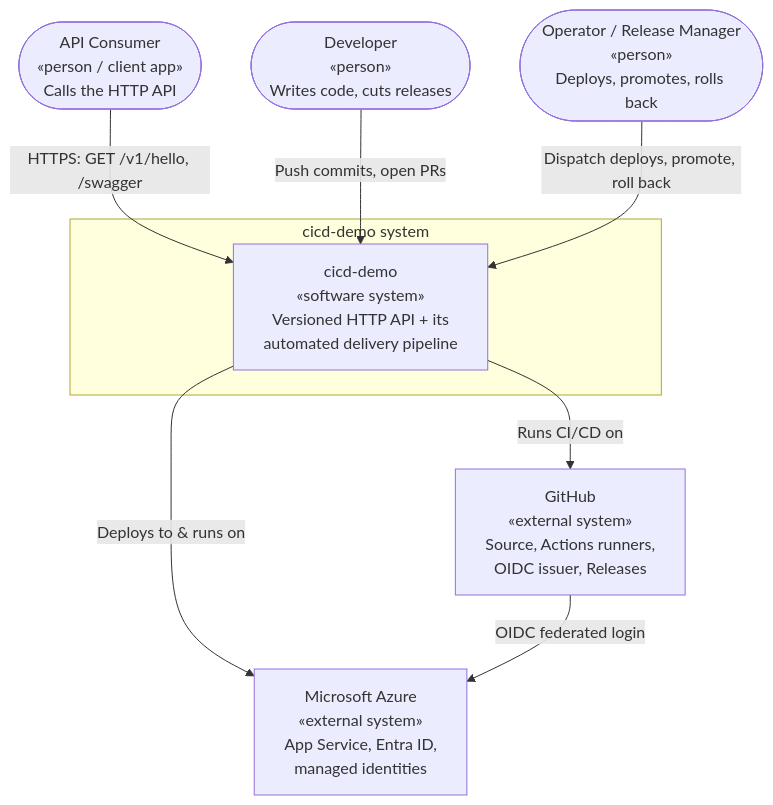
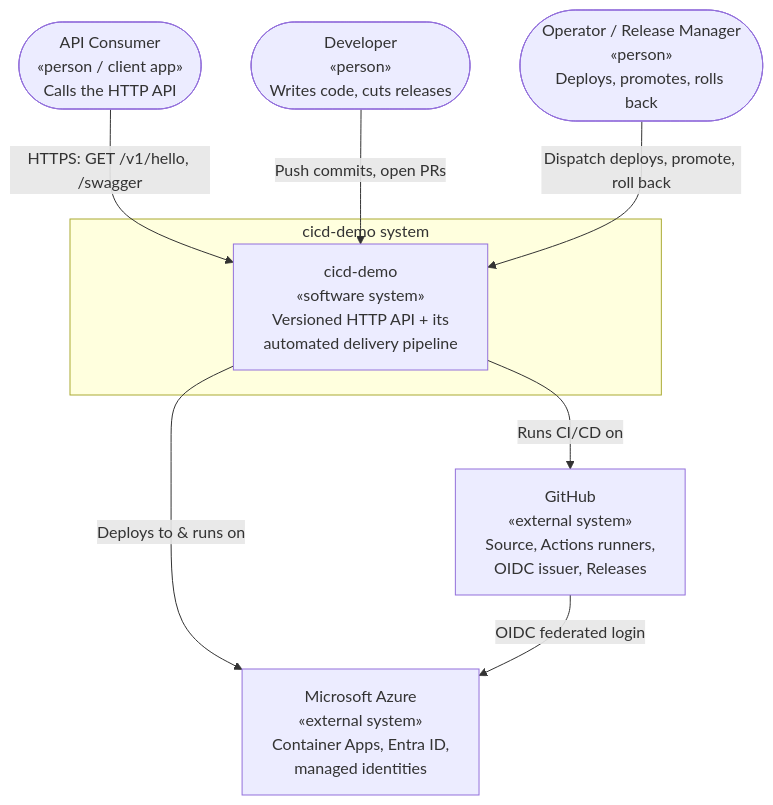
Before and after one commit to avlon-technologies/template-azure-cicd: the diagram in docs/c1-context/README.md, drawn with Mermaid. The commit also changed other lines of this file and 12 other files, not shown here.

First line of the commit message:
Fix stale App Service references and add MIT license

````diff
--- a/docs/c1-context/README.md
+++ b/docs/c1-context/README.md
@@ -9,20 +9,20 @@
 ```mermaid
 graph TB
     consumer([API Consumer<br/>«person / client app»<br/>Calls the HTTP API])
     developer([Developer<br/>«person»<br/>Writes code, cuts releases])
     operator([Operator / Release Manager<br/>«person»<br/>Deploys, promotes, rolls back])
 
     subgraph boundary [cicd-demo system]
         api[cicd-demo<br/>«software system»<br/>Versioned HTTP API + its<br/>automated delivery pipeline]
     end
 
     github[GitHub<br/>«external system»<br/>Source, Actions runners,<br/>OIDC issuer, Releases]
-    azure[Microsoft Azure<br/>«external system»<br/>App Service, Entra ID,<br/>managed identities]
+    azure[Microsoft Azure<br/>«external system»<br/>Container Apps, Entra ID,<br/>managed identities]
 
     consumer -->|HTTPS: GET /v1/hello, /swagger| api
     developer -->|Push commits, open PRs| api
     operator -->|Dispatch deploys, promote, roll back| api
     api -->|Runs CI/CD on| github
     api -->|Deploys to & runs on| azure
     github -->|OIDC federated login| azure
 ```
````
